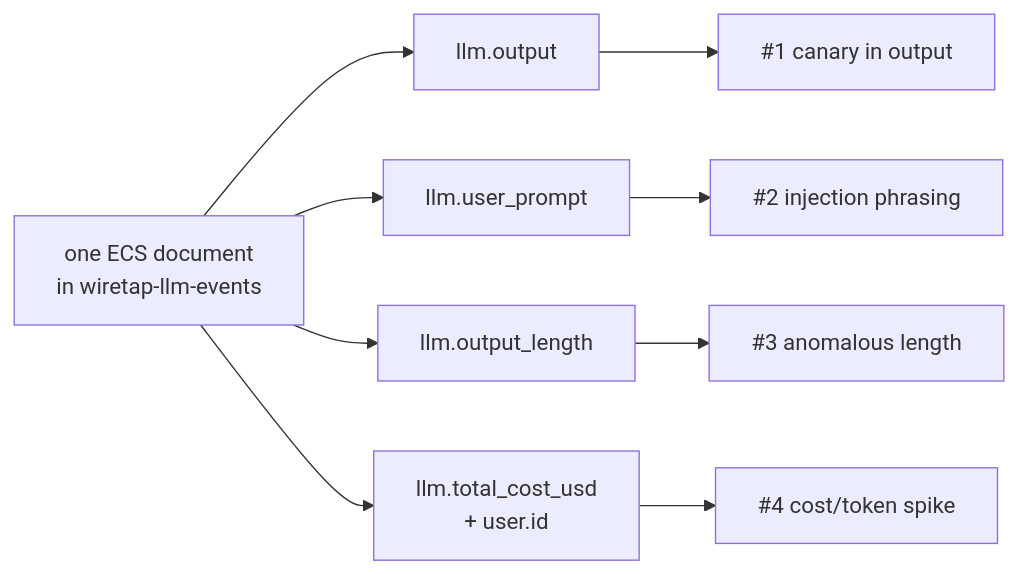
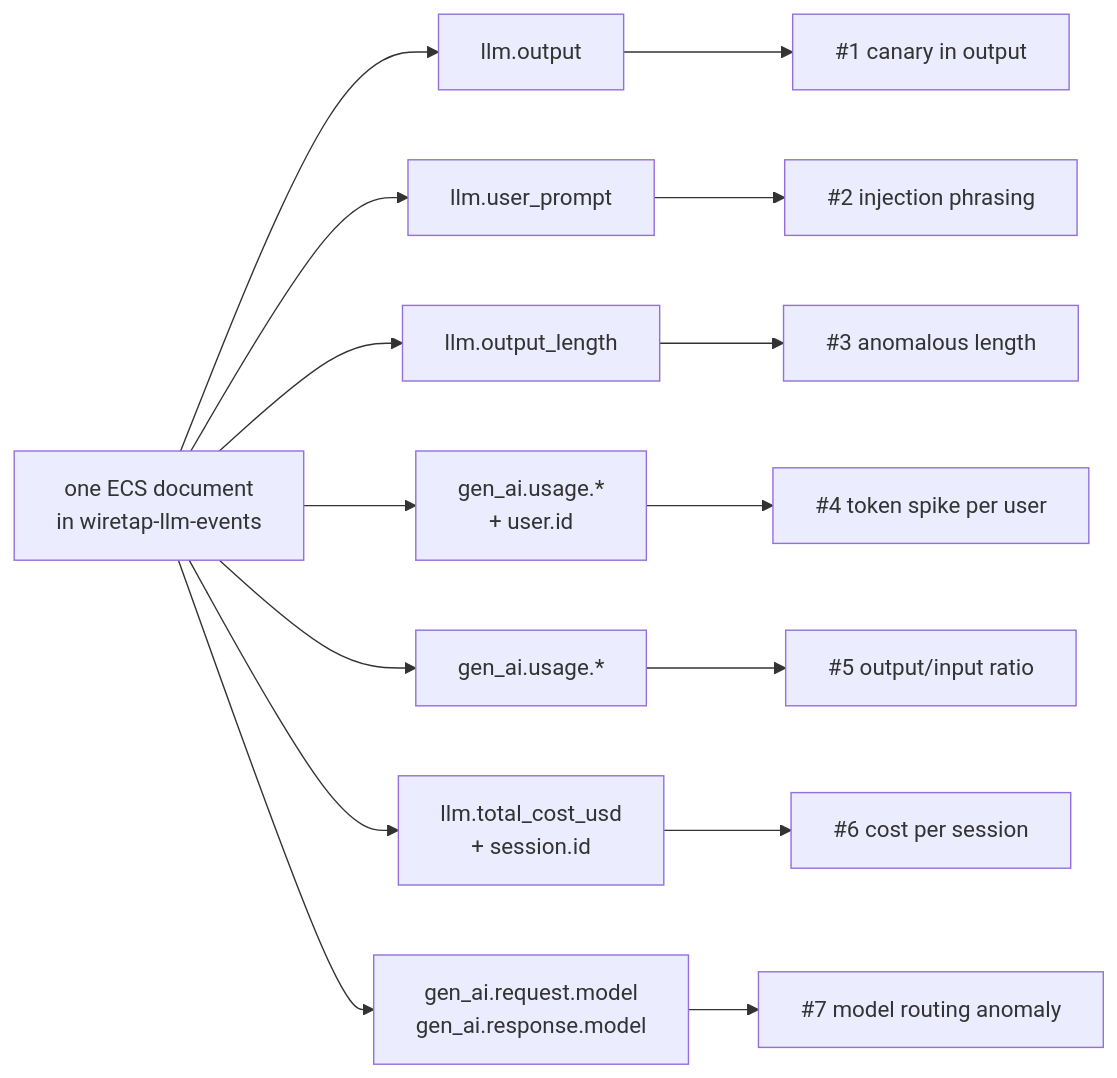
One commit to Anwesh-Mahapatra/wiretap changed the diagram in docs/DETECTIONS.md. Above: the diagram before and after it, drawn with Mermaid. The commit also changed other lines of this file and 31 other files, not shown here.

````diff
--- a/docs/DETECTIONS.md
+++ b/docs/DETECTIONS.md
@@ -27,8 +30,11 @@
 ```mermaid
 flowchart LR
     doc["one ECS document<br/>in wiretap-llm-events"]
     doc --> f1["llm.output"] --> d1["#1 canary in output"]
     doc --> f2["llm.user_prompt"] --> d2["#2 injection phrasing"]
     doc --> f3["llm.output_length"] --> d3["#3 anomalous length"]
-    doc --> f4["llm.total_cost_usd<br/>+ user.id"] --> d4["#4 cost/token spike"]
+    doc --> f4["gen_ai.usage.*<br/>+ user.id"] --> d4["#4 token spike per user"]
+    doc --> f5["gen_ai.usage.*"] --> d5["#5 output/input ratio"]
+    doc --> f6["llm.total_cost_usd<br/>+ session.id"] --> d6["#6 cost per session"]
+    doc --> f7["gen_ai.request.model<br/>gen_ai.response.model"] --> d7["#7 model routing anomaly"]
 ```
````
